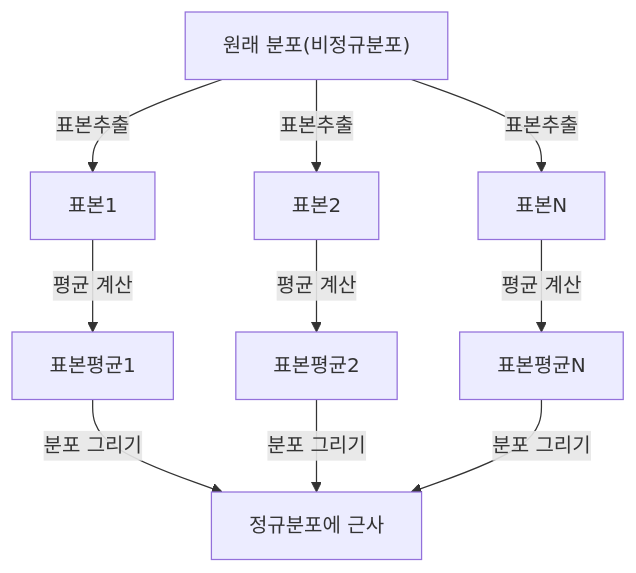
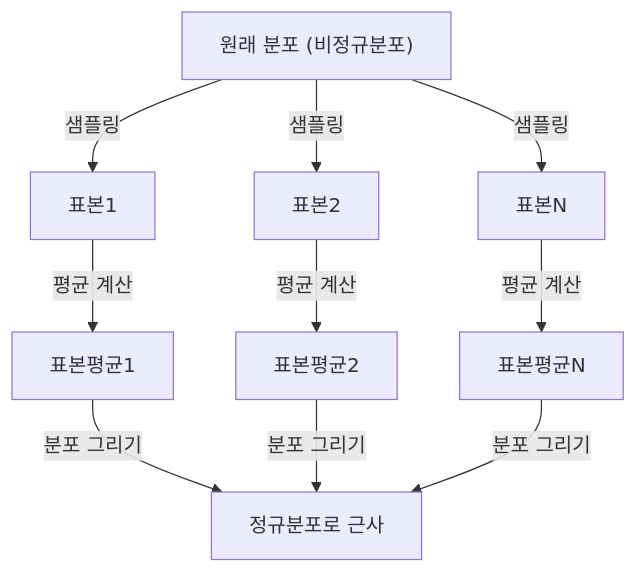
Before and after one commit to kenjinote/blog: the diagram in content/post/central-limit-theorem/index.ko.md, drawn with Mermaid. The commit also changed other lines of this file and 97 other files, not shown here.

````diff
--- a/content/post/central-limit-theorem/index.ko.md
+++ b/content/post/central-limit-theorem/index.ko.md
@@ -43,12 +43,12 @@
 ```mermaid
 graph TD
-    A["원래 분포(비정규분포)"] -->|"표본추출"| B["표본1"]
-    A -->|"표본추출"| C["표본2"]
-    A -->|"표본추출"| D["표본N"]
+    A["원래 분포 (비정규분포)"] -->|"샘플링"| B["표본1"]
+    A -->|"샘플링"| C["표본2"]
+    A -->|"샘플링"| D["표본N"]
     B -->|"평균 계산"| E["표본평균1"]
     C -->|"평균 계산"| F["표본평균2"]
     D -->|"평균 계산"| G["표본평균N"]
-    E -->|"분포 그리기"| H["정규분포에 근사"]
+    E -->|"분포 그리기"| H["정규분포로 근사"]
     F -->|"분포 그리기"| H
     G -->|"분포 그리기"| H
 ```
````
